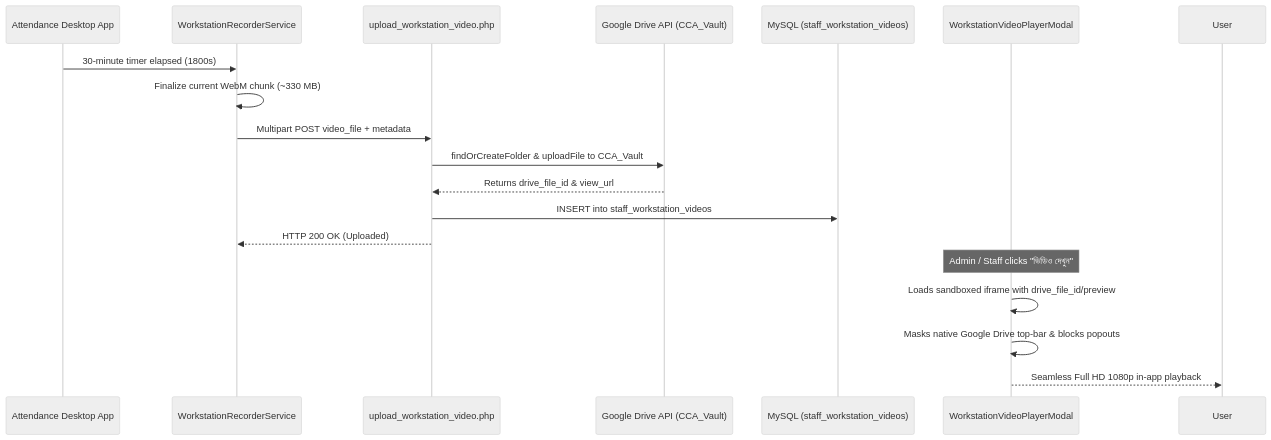
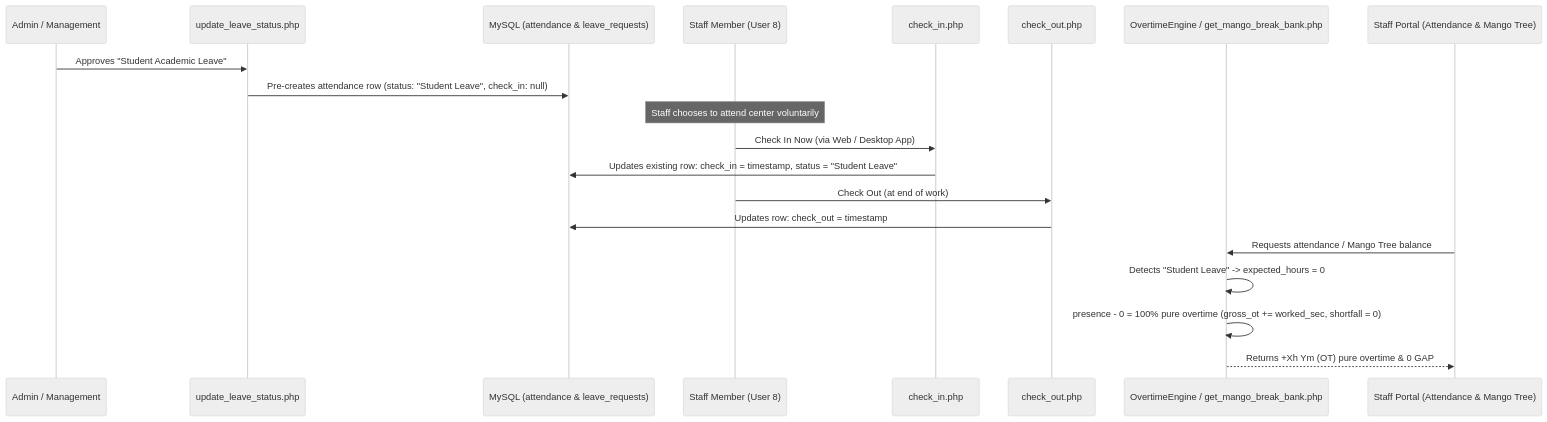
One commit to programmer-kabir/kabir-workspace changed the third of 3 diagrams in CreateiveComputerAcademy/MASTER_BLUEPRINT.md. Above: the diagram before and after it, drawn with Mermaid (neutral theme). The commit also changed other lines of this file and 110 other files, not shown here.

````diff
--- a/CreateiveComputerAcademy/MASTER_BLUEPRINT.md
+++ b/CreateiveComputerAcademy/MASTER_BLUEPRINT.md
@@ -182,22 +184,26 @@
 ```mermaid
 sequenceDiagram
-    participant DA as Attendance Desktop App
-    participant REC as WorkstationRecorderService
-    participant PHP as upload_workstation_video.php
-    participant GDRIVE as Google Drive API (CCA_Vault)
-    participant DB as MySQL (staff_workstation_videos)
-    participant UI as WorkstationVideoPlayerModal
+    participant Admin as Admin / Management
+    participant LeaveAPI as update_leave_status.php
+    participant DB as MySQL (attendance & leave_requests)
+    participant Staff as Staff Member (User 8)
+    participant CheckIn as check_in.php
+    participant CheckOut as check_out.php
+    participant Engine as OvertimeEngine / get_mango_break_bank.php
+    participant UI as Staff Portal (Attendance & Mango Tree)
 
-    DA->>REC: 30-minute timer elapsed (1800s)
-    REC->>REC: Finalize current WebM chunk (~330 MB)
-    REC->>PHP: Multipart POST video_file + metadata
-    PHP->>GDRIVE: findOrCreateFolder & uploadFile to CCA_Vault
-    GDRIVE-->>PHP: Returns drive_file_id & view_url
-    PHP->>DB: INSERT into staff_workstation_videos
-    PHP-->>REC: HTTP 200 OK (Uploaded)
+    Admin->>LeaveAPI: Approves "Student Academic Leave"
+    LeaveAPI->>DB: Pre-creates attendance row (status: "Student Leave", check_in: null)
     
-    Note over UI: Admin / Staff clicks "ভিডিও দেখুন"
-    UI->>UI: Loads sandboxed iframe with drive_file_id/preview
-    UI->>UI: Masks native Google Drive top-bar & blocks popouts
-    UI-->>User: Seamless Full HD 1080p in-app playback
+    Note over Staff: Staff chooses to attend center voluntarily
+    Staff->>CheckIn: Check In Now (via Web / Desktop App)
+    CheckIn->>DB: Updates existing row: check_in = timestamp, status = "Student Leave"
+    
+    Staff->>CheckOut: Check Out (at end of work)
+    CheckOut->>DB: Updates row: check_out = timestamp
+    
+    UI->>Engine: Requests attendance / Mango Tree balance
+    Engine->>Engine: Detects "Student Leave" -> expected_hours = 0
+    Engine->>Engine: presence - 0 = 100% pure overtime (gross_ot += worked_sec, shortfall = 0)
+    Engine-->>UI: Returns +Xh Ym (OT) pure overtime & 0 GAP
 ```
````
